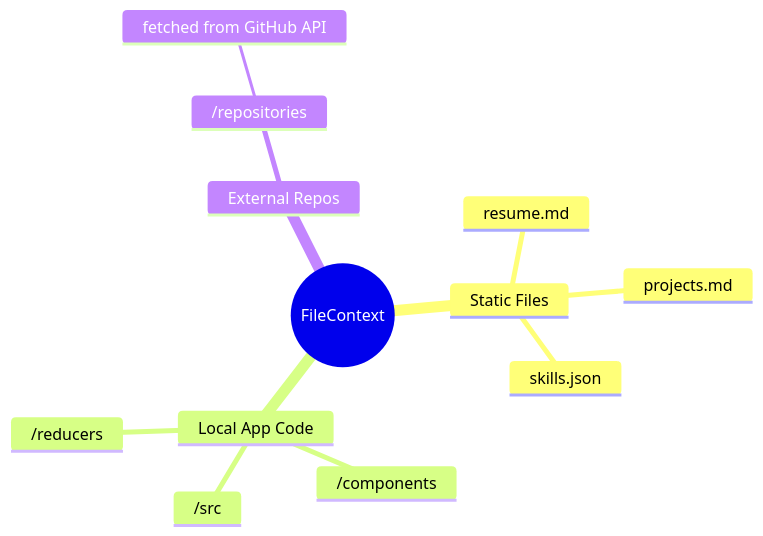
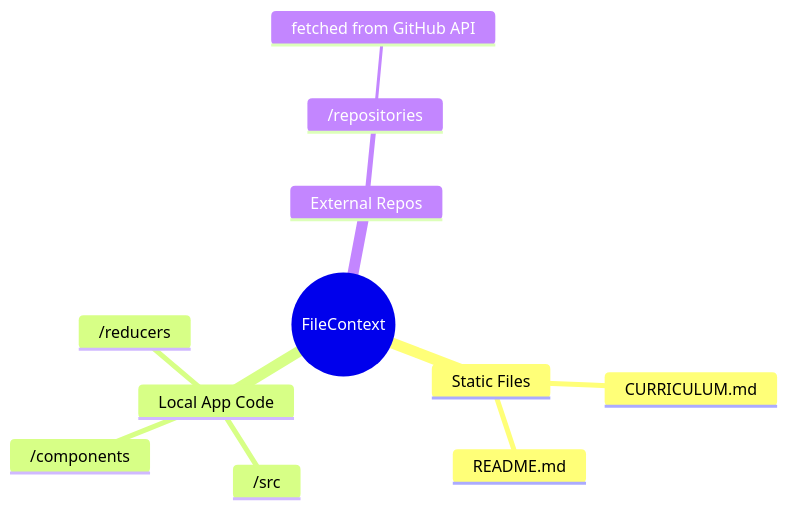
Before and after one commit to lguibr/luisguilher.me: the second of 3 diagrams in README.md, drawn with Mermaid. The commit also changed other lines of this file and 12 other files, not shown here.

````diff
--- a/README.md
+++ b/README.md
@@ -87,15 +65,14 @@
 ```mermaid
 mindmap
   root((FileContext))
     Static Files
-      resume.md
-      projects.md
-      skills.json
+      CURRICULUM.md
+      README.md
     Local App Code
       /src
       /components
       /reducers
     External Repos
       /repositories
         fetched from GitHub API
 ```
````
